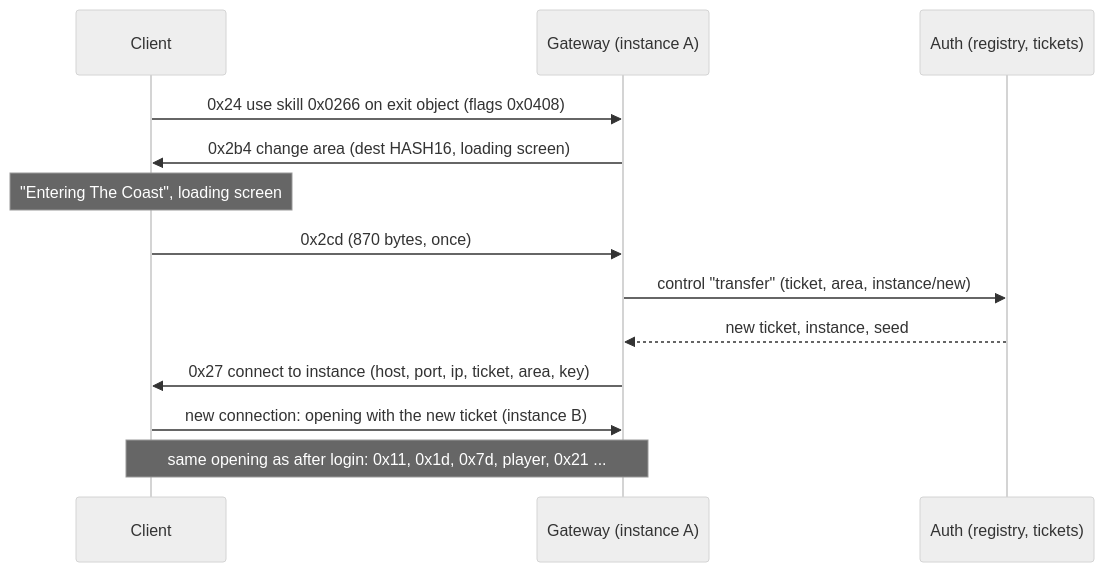
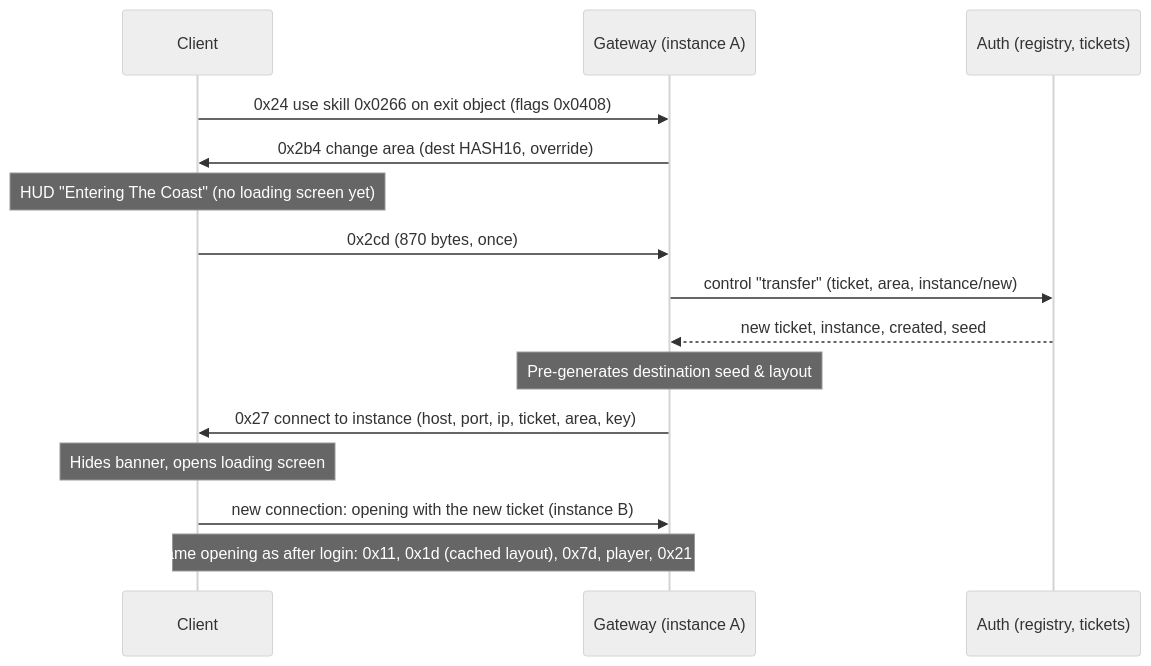
Before and after one commit to LocalExile/LocalExile: the diagram in Agents/docs/protocol/09-area-change.md, drawn with Mermaid (neutral theme). The commit also changed other lines of this file and 8 other files, not shown here.

Commit message:
fix: pre-generate destination area while client displays Entering banner

````diff
--- a/Agents/docs/protocol/09-area-change.md
+++ b/Agents/docs/protocol/09-area-change.md
@@ -9,15 +9,17 @@
 ```mermaid
 sequenceDiagram
     participant C as Client
     participant G as Gateway (instance A)
     participant A as Auth (registry, tickets)
     C->>G: 0x24 use skill 0x0266 on exit object (flags 0x0408)
-    G->>C: 0x2b4 change area (dest HASH16, loading screen)
-    Note over C: "Entering The Coast", loading screen
+    G->>C: 0x2b4 change area (dest HASH16, override)
+    Note over C: HUD "Entering The Coast" (no loading screen yet)
     C->>G: 0x2cd (870 bytes, once)
     G->>A: control "transfer" (ticket, area, instance/new)
-    A-->>G: new ticket, instance, seed
+    A-->>G: new ticket, instance, created, seed
+    Note over G: Pre-generates destination seed & layout
     G->>C: 0x27 connect to instance (host, port, ip, ticket, area, key)
+    Note over C: Hides banner, opens loading screen
     C->>G: new connection: opening with the new ticket (instance B)
-    Note over C,G: same opening as after login: 0x11, 0x1d, 0x7d, player, 0x21 ...
+    Note over C,G: same opening as after login: 0x11, 0x1d (cached layout), 0x7d, player, 0x21 ...
 ```
````
